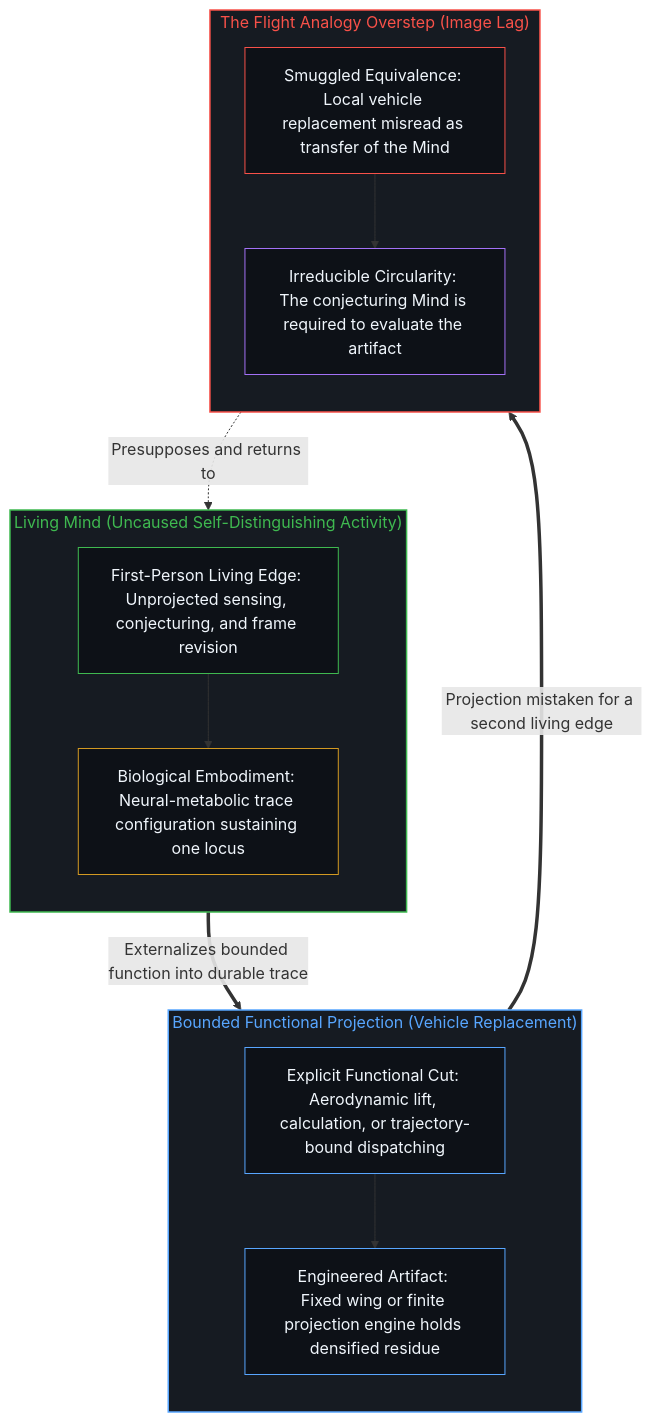
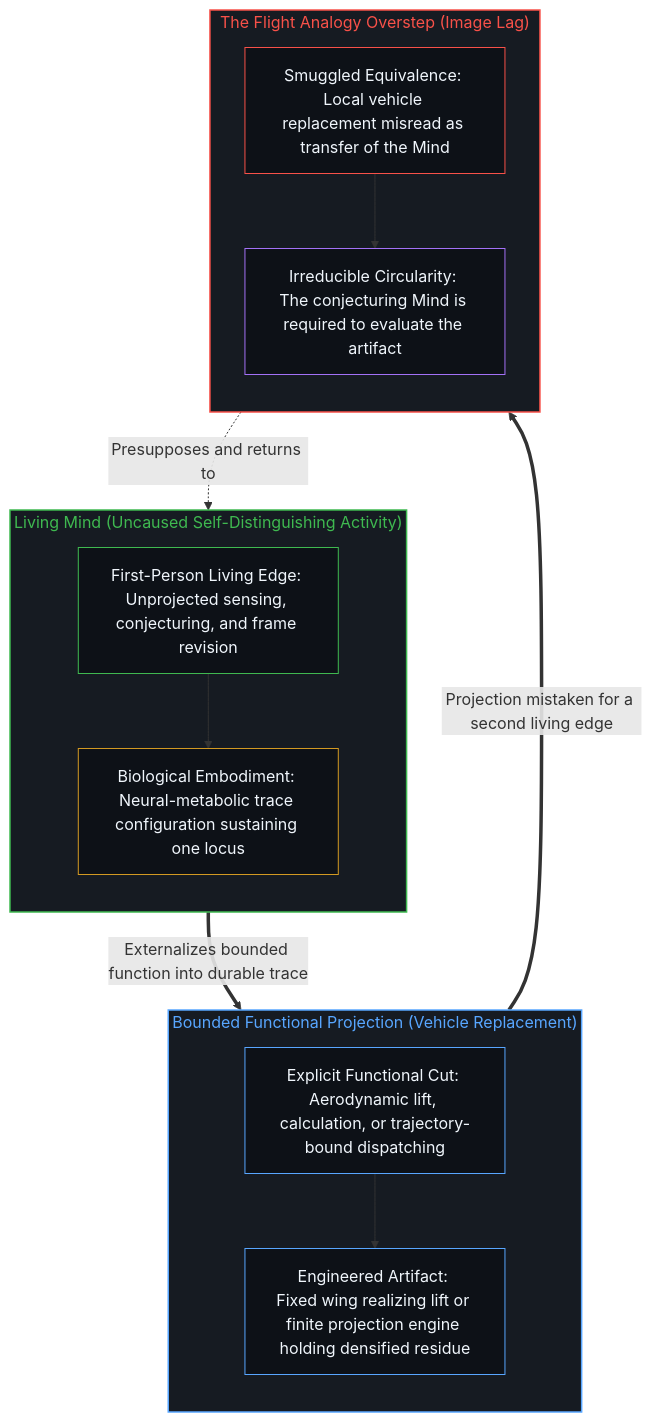
Before and after one commit to powerpig99/not-a-toe: the second of 2 diagrams in content/posts/the-flight-analogy-leaves-the-mind-untouched.md, drawn with Mermaid. The commit also changed other lines of this file and 1 other file, not shown here.

````diff
--- a/content/posts/the-flight-analogy-leaves-the-mind-untouched.md
+++ b/content/posts/the-flight-analogy-leaves-the-mind-untouched.md
@@ -81,33 +81,33 @@
 ```mermaid
 flowchart TD
     subgraph S_Mind["Living Mind (Uncaused Self-Distinguishing Activity)"]
         direction TB
         Edge["First-Person Living Edge: Unprojected sensing, conjecturing, and frame revision"]
         Bio["Biological Embodiment: Neural-metabolic trace configuration sustaining one locus"]
         Edge --> Bio
     end
     subgraph S_Proj["Bounded Functional Projection (Vehicle Replacement)"]
         direction TB
         Cut["Explicit Functional Cut: Aerodynamic lift, calculation, or trajectory-bound dispatching"]
-        Swap["Engineered Artifact: Fixed wing or finite projection engine holds densified residue"]
+        Swap["Engineered Artifact: Fixed wing realizing lift or finite projection engine holding densified residue"]
         Cut --> Swap
     end
     subgraph S_Trap["The Flight Analogy Overstep (Image Lag)"]
         direction TB
         Smuggle["Smuggled Equivalence: Local vehicle replacement misread as transfer of the Mind"]
         Loop["Irreducible Circularity: The conjecturing Mind is required to evaluate the artifact"]
         Smuggle --> Loop
     end
-    Bio ==>|"Externalizes bounded function into durable trace"| Cut
+    Edge ==>|"Externalizes bounded function into durable trace"| Cut
     Swap ==>|"Projection mistaken for a second living edge"| Smuggle
     Loop -.->|"Presupposes and returns to"| Edge
     style S_Mind fill:#161b22,stroke:#3fb950,stroke-width:1.5px,color:#3fb950
     style S_Proj fill:#161b22,stroke:#58a6ff,stroke-width:1.5px,color:#58a6ff
     style S_Trap fill:#161b22,stroke:#f85149,stroke-width:1.5px,color:#f85149
     style Edge fill:#0d1117,stroke:#3fb950,stroke-width:1px,color:#f0f6fc
     style Bio fill:#0d1117,stroke:#d29922,stroke-width:1px,color:#f0f6fc
     style Cut fill:#0d1117,stroke:#58a6ff,stroke-width:1px,color:#f0f6fc
     style Swap fill:#0d1117,stroke:#58a6ff,stroke-width:1px,color:#f0f6fc
     style Smuggle fill:#0d1117,stroke:#f85149,stroke-width:1px,color:#f0f6fc
     style Loop fill:#0d1117,stroke:#a371f7,stroke-width:1px,color:#f0f6fc
 ```
````
